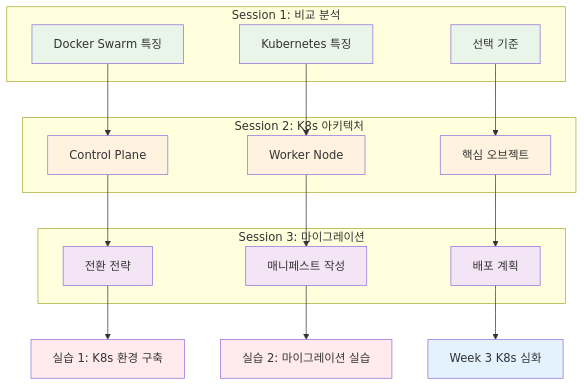
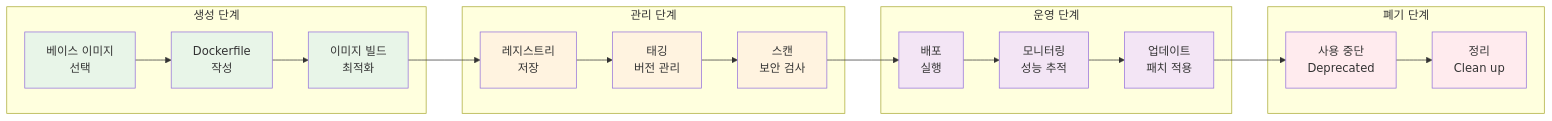
The seventh of 14 diagrams in theory/week_02/day4/README.md (niceguy61/kdt_devops_lecture_2025), drawn with Mermaid before and after one commit. The commit also changed other lines of this file and 68 other files, not shown here.

````diff
--- a/theory/week_02/day4/README.md
+++ b/theory/week_02/day4/README.md
@@ -59,44 +268,37 @@
 ```mermaid
-graph TB
-    subgraph "Session 1: 비교 분석"
-        A1[Docker Swarm 특징]
-        A2[Kubernetes 특징]
-        A3[선택 기준]
+graph LR
+    subgraph "생성 단계"
+        A[베이스 이미지<br/>선택] --> B[Dockerfile<br/>작성]
+        B --> C[이미지 빌드<br/>최적화]
     end
     
-    subgraph "Session 2: K8s 아키텍처"
-        B1[Control Plane]
-        B2[Worker Node]
-        B3[핵심 오브젝트]
+    subgraph "관리 단계"
+        D[레지스트리<br/>저장] --> E[태깅<br/>버전 관리]
+        E --> F[스캔<br/>보안 검사]
     end
     
-    subgraph "Session 3: 마이그레이션"
-        C1[전환 전략]
-        C2[매니페스트 작성]
-        C3[배포 계획]
+    subgraph "운영 단계"
+        G[배포<br/>실행] --> H[모니터링<br/>성능 추적]
+        H --> I[업데이트<br/>패치 적용]
     end
     
-    A1 --> B1
-    A2 --> B2
-    A3 --> B3
-    B1 --> C1
-    B2 --> C2
-    B3 --> C3
+    subgraph "폐기 단계"
+        J[사용 중단<br/>Deprecated] --> K[정리<br/>Clean up]
+    end
     
-    C1 --> D[실습 1: K8s 환경 구축]
-    C2 --> E[실습 2: 마이그레이션 실습]
-    C3 --> F[Week 3 K8s 심화]
+    C --> D
+    F --> G
+    I --> J
     
-    style A1 fill:#e8f5e8
-    style A2 fill:#e8f5e8
-    style A3 fill:#e8f5e8
-    style B1 fill:#fff3e0
-    style B2 fill:#fff3e0
-    style B3 fill:#fff3e0
-    style C1 fill:#f3e5f5
-    style C2 fill:#f3e5f5
-    style C3 fill:#f3e5f5
-    style D fill:#ffebee
-    style E fill:#ffebee
-    style F fill:#e3f2fd
+    style A fill:#e8f5e8
+    style B fill:#e8f5e8
+    style C fill:#e8f5e8
+    style D fill:#fff3e0
+    style E fill:#fff3e0
+    style F fill:#fff3e0
+    style G fill:#f3e5f5
+    style H fill:#f3e5f5
+    style I fill:#f3e5f5
+    style J fill:#ffebee
+    style K fill:#ffebee
 ```
````
